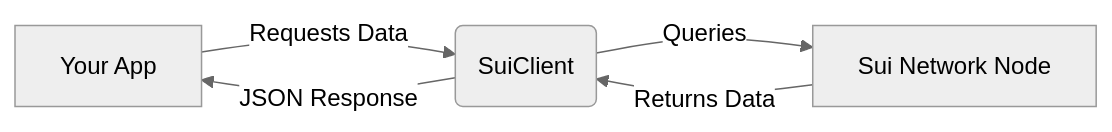
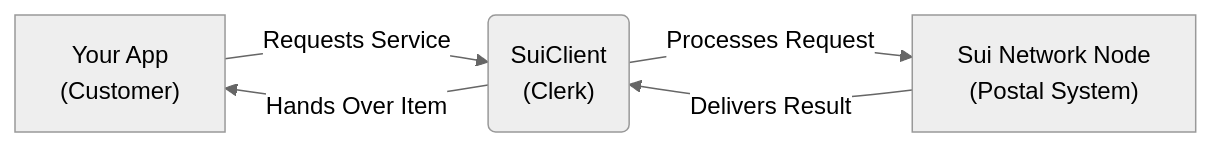
One commit to pvega62/software changed the diagram in raw-md-files/typescript-tutorial/concept-suiguide.md. Above: the diagram before and after it, drawn with Mermaid (neutral theme). The commit also changed other lines of this file and 75 other files, not shown here.

````diff
--- a/raw-md-files/typescript-tutorial/concept-suiguide.md
+++ b/raw-md-files/typescript-tutorial/concept-suiguide.md
@@ -30,7 +36,7 @@
-```mermaid
-graph LR
-    A[Your App] -->|Requests Data| B(SuiClient)
-    B -->|Queries| C[Sui Network Node]
-    C -->|Returns Data| B
-    B -->|JSON Response| A
-```
+  ```mermaid
+  flowchart LR
+      A["Your App<br/>(Customer)"] -->|Requests Service| B("SuiClient<br/>(Clerk)")
+      B -->|Processes Request| C["Sui Network Node<br/>(Postal System)"]
+      C -->|Delivers Result| B
+      B -->|Hands Over Item| A
+  ```
````
